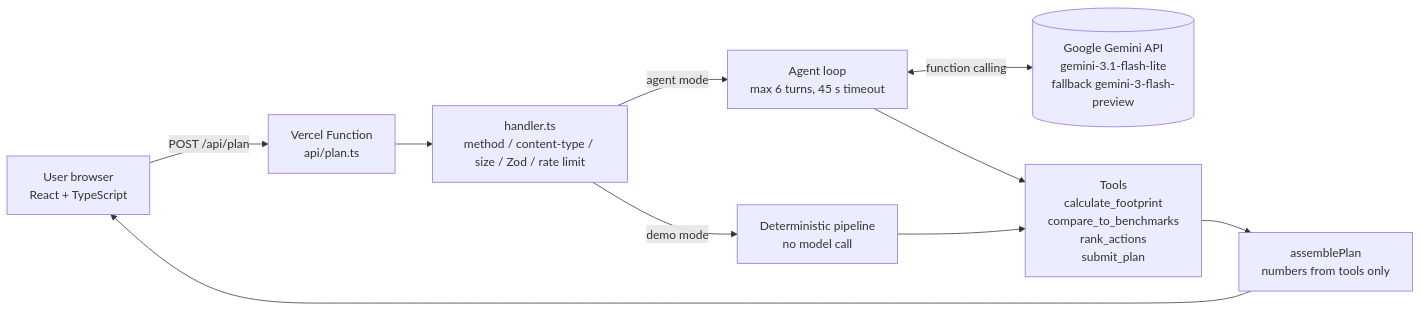
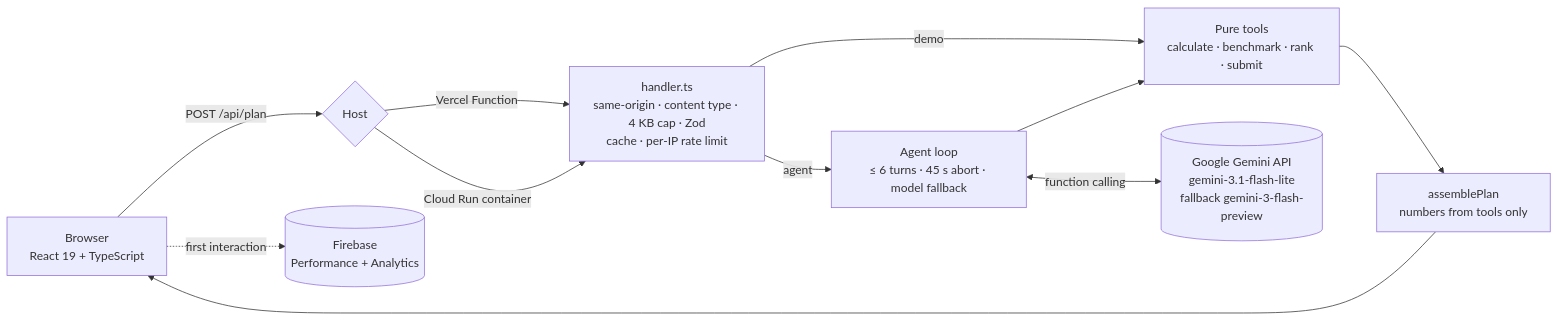
The diagram in README.md (chinmaymeshram1-wq/promptwar), drawn with Mermaid before and after one commit. The commit also changed other lines of this file and 5 other files, not shown here.

First line of the commit message:
docs: judge-ready README, architecture guide, OpenAPI spec, contributing, changelog

````diff
--- a/README.md
+++ b/README.md
@@ -77,12 +61,13 @@
 ```mermaid
 flowchart LR
-    U[User browser<br/>React + TypeScript] -- POST /api/plan --> F[Vercel Function<br/>api/plan.ts]
-    F --> H[handler.ts<br/>method / content-type / size / Zod / rate limit]
-    H -- demo mode --> D[Deterministic pipeline<br/>no model call]
-    H -- agent mode --> A[Agent loop<br/>max 6 turns, 45 s timeout]
+    U[Browser<br/>React 19 + TypeScript] -- POST /api/plan --> E{Host}
+    E -->|Vercel Function| H
+    E -->|Cloud Run container| H
+    H[handler.ts<br/>same-origin · content type · 4 KB cap · Zod<br/>cache · per-IP rate limit] -- demo --> T
+    H -- agent --> A[Agent loop<br/>≤ 6 turns · 45 s abort · model fallback]
     A <-- function calling --> G[(Google Gemini API<br/>gemini-3.1-flash-lite<br/>fallback gemini-3-flash-preview)]
-    A --> T[Tools<br/>calculate_footprint<br/>compare_to_benchmarks<br/>rank_actions<br/>submit_plan]
-    D --> T
+    A --> T[Pure tools<br/>calculate · benchmark · rank · submit]
     T --> P[assemblePlan<br/>numbers from tools only]
     P --> U
+    U -. first interaction .-> F[(Firebase<br/>Performance + Analytics)]
 ```
````
